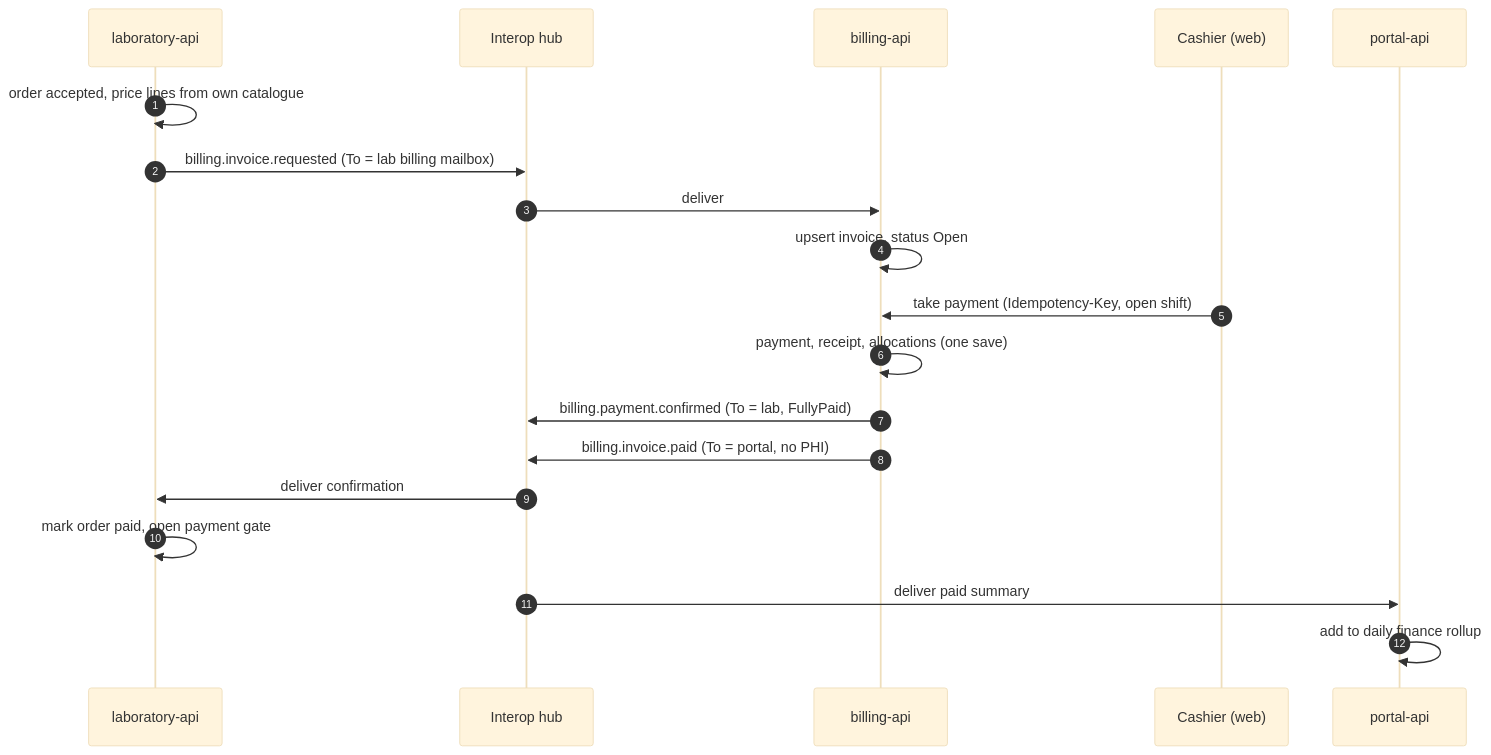
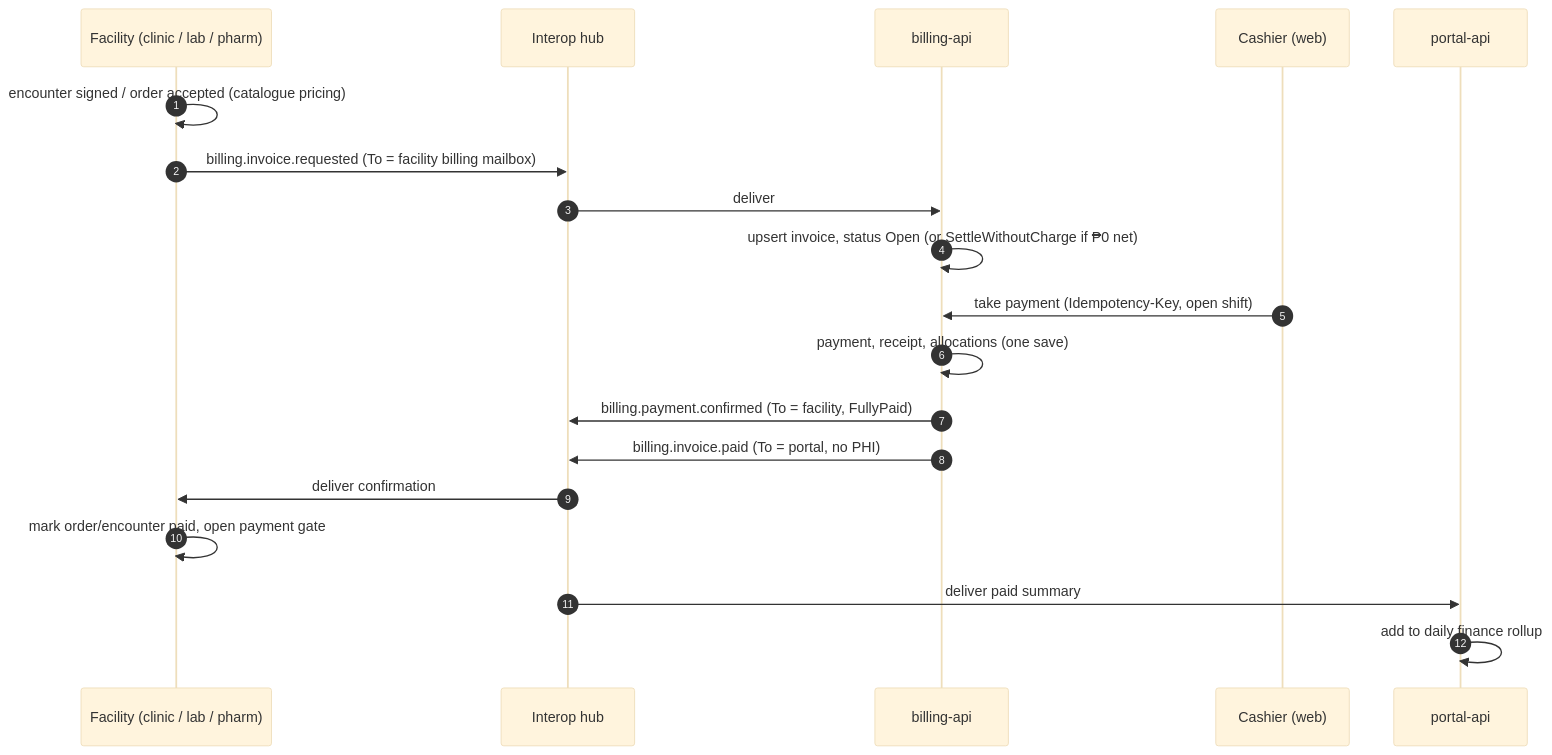
Before and after one commit to NextStep-Software-Solutions-Inc/clinicez-arch2: the second of 2 diagrams in docs/architecture/billing.md, drawn with Mermaid (base theme). The commit also changed other lines of this file and 8 other files, not shown here.

````diff
--- a/docs/architecture/billing.md
+++ b/docs/architecture/billing.md
@@ -128,22 +129,22 @@
 ```mermaid
 sequenceDiagram
   autonumber
-  participant L as laboratory-api
+  participant F as Facility (clinic / lab / pharm)
   participant H as Interop hub
   participant B as billing-api
   participant C as Cashier (web)
   participant P as portal-api
 
-  L->>L: order accepted, price lines from own catalogue
-  L->>H: billing.invoice.requested (To = lab billing mailbox)
+  F->>F: encounter signed / order accepted (catalogue pricing)
+  F->>H: billing.invoice.requested (To = facility billing mailbox)
   H->>B: deliver
-  B->>B: upsert invoice, status Open
+  B->>B: upsert invoice, status Open (or SettleWithoutCharge if ₱0 net)
   C->>B: take payment (Idempotency-Key, open shift)
   B->>B: payment, receipt, allocations (one save)
-  B->>H: billing.payment.confirmed (To = lab, FullyPaid)
+  B->>H: billing.payment.confirmed (To = facility, FullyPaid)
   B->>H: billing.invoice.paid (To = portal, no PHI)
-  H->>L: deliver confirmation
-  L->>L: mark order paid, open payment gate
+  H->>F: deliver confirmation
+  F->>F: mark order/encounter paid, open payment gate
   H->>P: deliver paid summary
   P->>P: add to daily finance rollup
 ```
````
